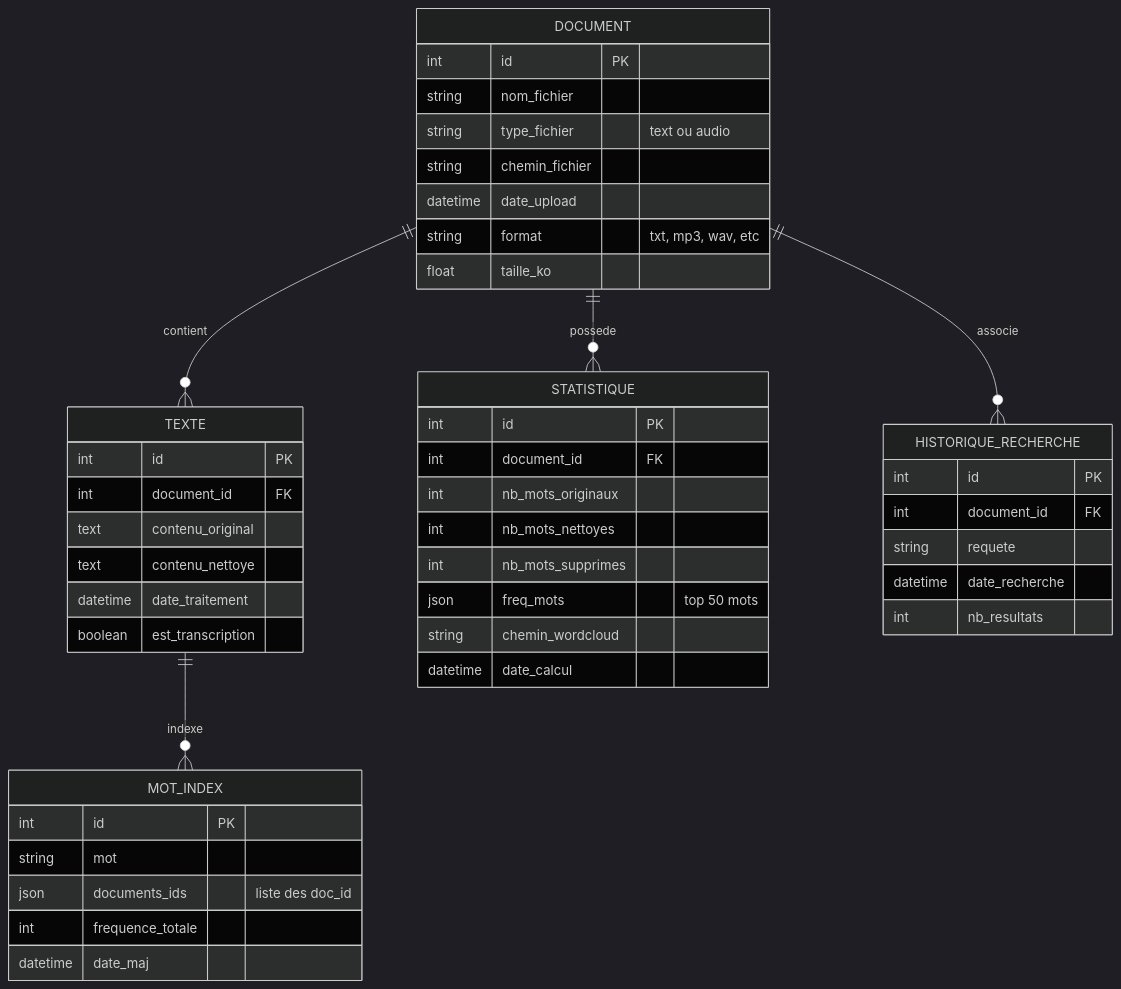
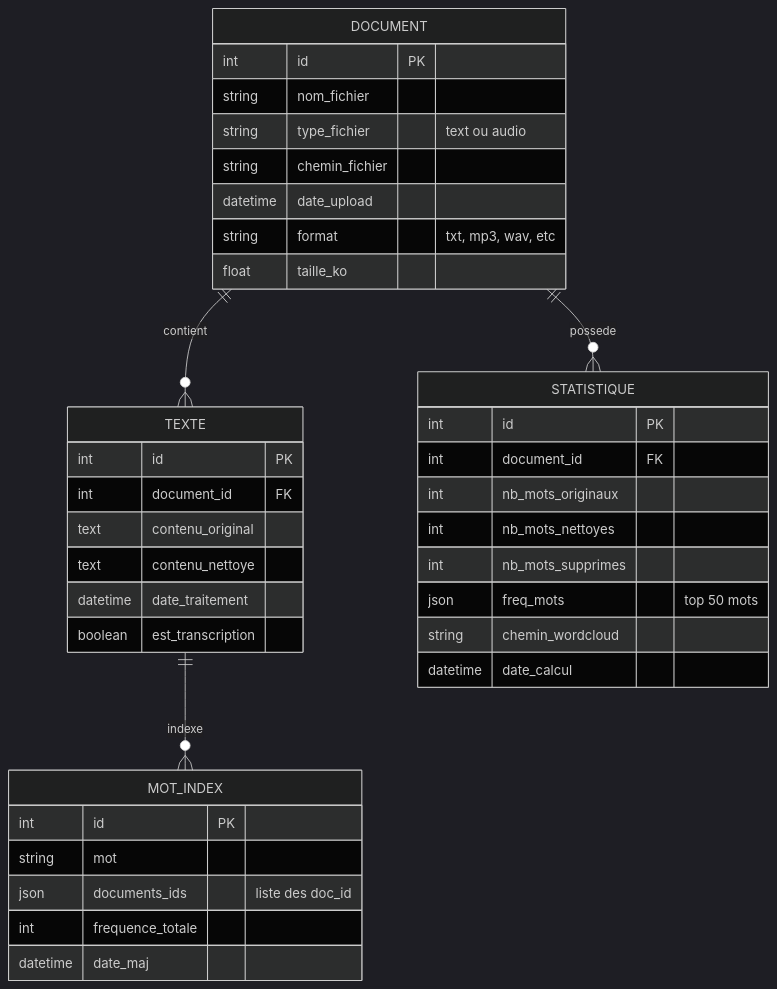
The diagram in README.md (DaSilvaThomas/InsightAI), drawn with Mermaid (dark theme) before and after one commit.

````diff
--- a/README.md
+++ b/README.md
@@ -69,53 +69,44 @@
 ```mermaid
 erDiagram
     DOCUMENT ||--o{ TEXTE : contient
     DOCUMENT ||--o{ STATISTIQUE : possede
     TEXTE ||--o{ MOT_INDEX : indexe
-    DOCUMENT ||--o{ HISTORIQUE_RECHERCHE : associe
     
     DOCUMENT {
         int id PK
         string nom_fichier
         string type_fichier "text ou audio"
         string chemin_fichier
         datetime date_upload
         string format "txt, mp3, wav, etc"
         float taille_ko
     }
     
     TEXTE {
         int id PK
         int document_id FK
         text contenu_original
         text contenu_nettoye
         datetime date_traitement
         boolean est_transcription
     }
     
     STATISTIQUE {
         int id PK
         int document_id FK
         int nb_mots_originaux
         int nb_mots_nettoyes
         int nb_mots_supprimes
         json freq_mots "top 50 mots"
         string chemin_wordcloud
         datetime date_calcul
     }
     
     MOT_INDEX {
         int id PK
         string mot
         json documents_ids "liste des doc_id"
         int frequence_totale
         datetime date_maj
     }
-    
-    HISTORIQUE_RECHERCHE {
-        int id PK
-        int document_id FK
-        string requete
-        datetime date_recherche
-        int nb_resultats
-    }
 ```
````
